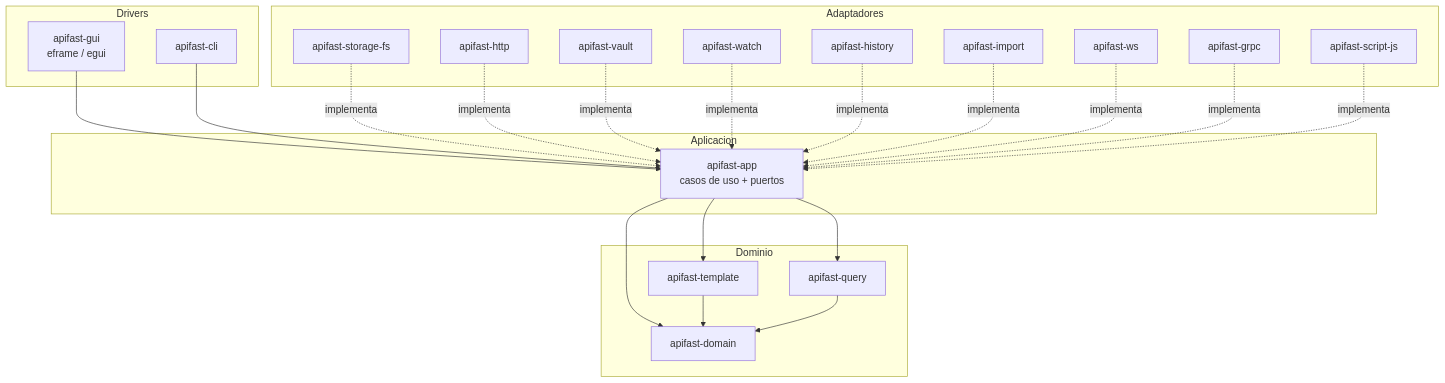
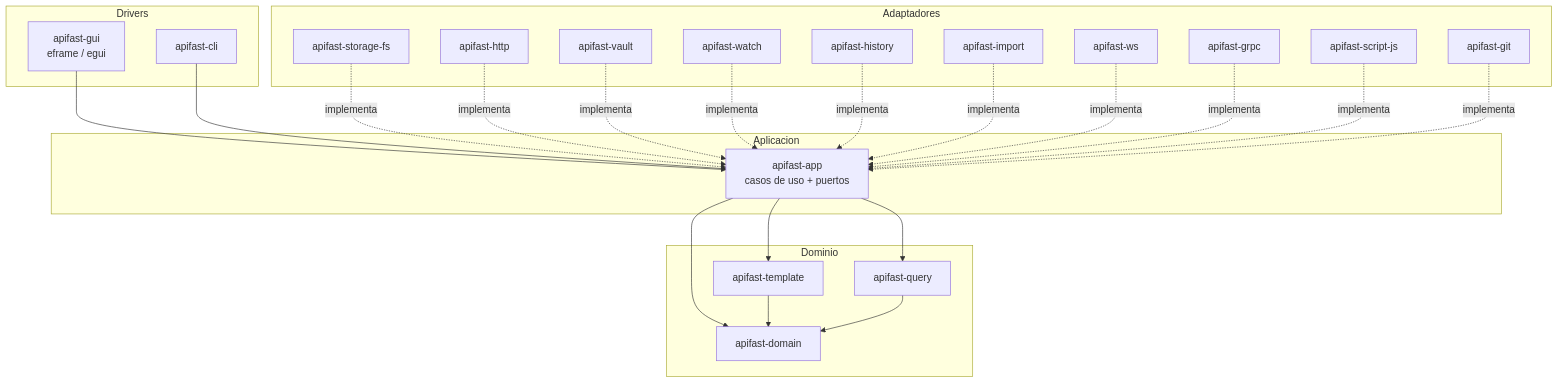
The first of 2 diagrams in docs/03-arquitectura.md (jpriva/apifast), drawn with Mermaid before and after one commit. The commit also changed other lines of this file and 15 other files, not shown here.

````diff
--- a/docs/03-arquitectura.md
+++ b/docs/03-arquitectura.md
@@ -7,46 +7,48 @@
 ```mermaid
 flowchart TB
     subgraph Drivers
         GUI[apifast-gui<br/>eframe / egui]
         CLI[apifast-cli]
     end
 
     subgraph Aplicacion
         APP[apifast-app<br/>casos de uso + puertos]
     end
 
     subgraph Dominio
         DOM[apifast-domain]
         TPL[apifast-template]
         QRY[apifast-query]
     end
 
     subgraph Adaptadores
         FS[apifast-storage-fs]
         HTTP[apifast-http]
         VAULT[apifast-vault]
         WATCH[apifast-watch]
         HIST[apifast-history]
         IMP[apifast-import]
         WS[apifast-ws]
         GRPC[apifast-grpc]
         JS[apifast-script-js]
+        GIT[apifast-git]
     end
 
     GUI --> APP
     CLI --> APP
     APP --> DOM
     APP --> TPL
     TPL --> DOM
     APP --> QRY
     QRY --> DOM
     FS -.implementa.-> APP
     HTTP -.implementa.-> APP
     VAULT -.implementa.-> APP
     WATCH -.implementa.-> APP
     HIST -.implementa.-> APP
     IMP -.implementa.-> APP
     WS -.implementa.-> APP
     GRPC -.implementa.-> APP
     JS -.implementa.-> APP
+    GIT -.implementa.-> APP
 ```
````
